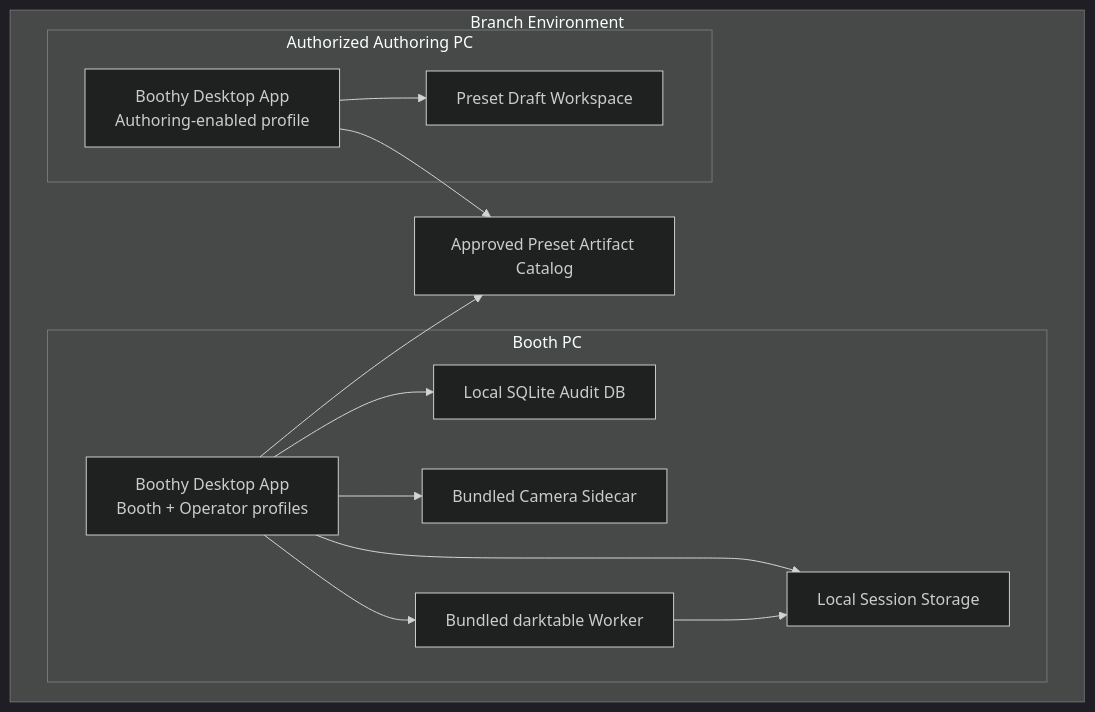
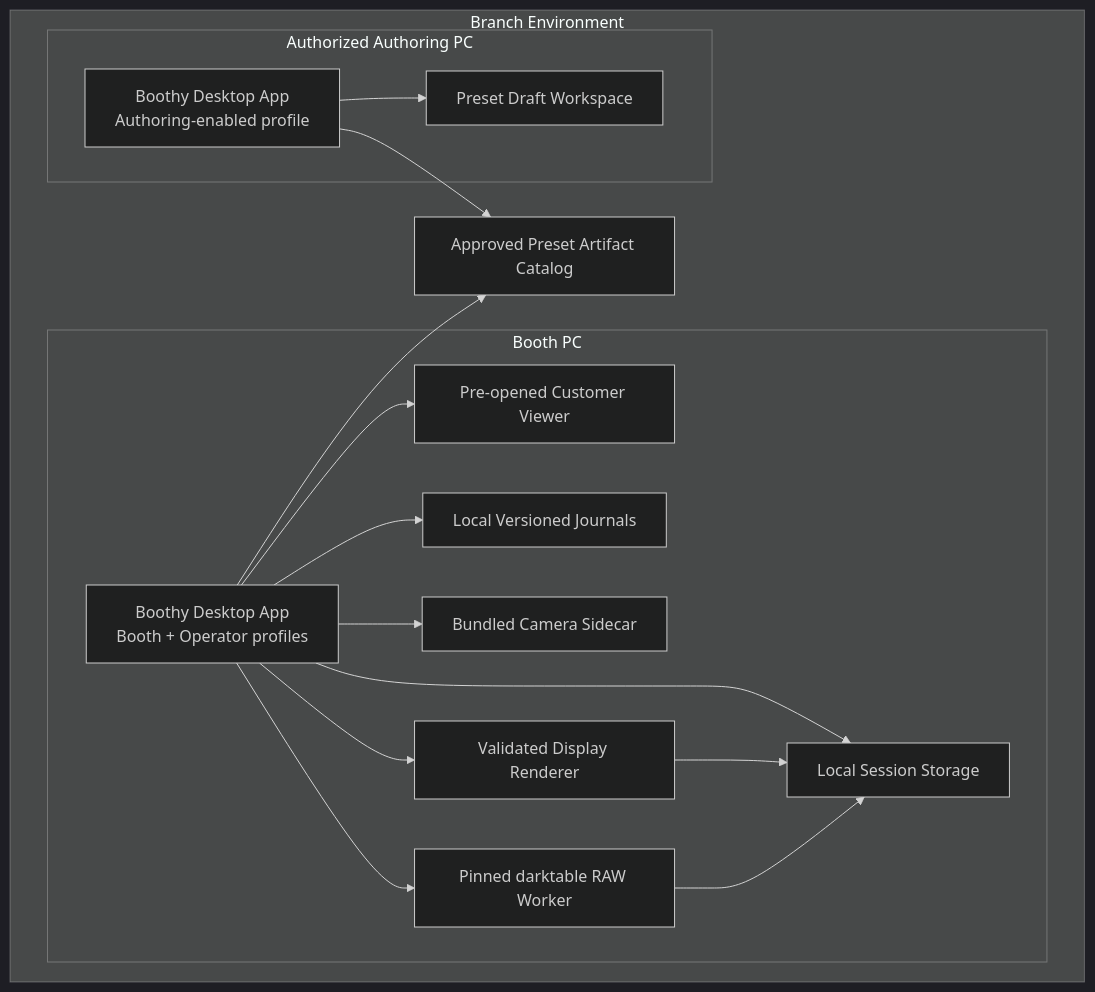
The second of 2 diagrams in _bmad-output/planning-artifacts/architecture.md (lsy9344/Boothy), drawn with Mermaid (dark theme) before and after one commit. The commit also changed other lines of this file and 465 other files, not shown here.

````diff
--- a/_bmad-output/planning-artifacts/architecture.md
+++ b/_bmad-output/planning-artifacts/architecture.md
@@ -301,28 +386,33 @@
 ```mermaid
 flowchart TB
     subgraph Branch["Branch Environment"]
         subgraph BoothPC["Booth PC"]
             BoothApp["Boothy Desktop App<br/>Booth + Operator profiles"]
+            Viewer["Pre-opened Customer Viewer"]
             BoothStorage["Local Session Storage"]
-            BoothAudit["Local SQLite Audit DB"]
+            BoothJournal["Local Versioned Journals"]
             Camera["Bundled Camera Sidecar"]
-            Renderer["Bundled darktable Worker"]
+            DisplayRenderer["Validated Display Renderer"]
+            Renderer["Pinned darktable RAW Worker"]
         end
 
         subgraph AuthoringPC["Authorized Authoring PC"]
             AuthoringApp["Boothy Desktop App<br/>Authoring-enabled profile"]
             PresetWorkspace["Preset Draft Workspace"]
         end
 
         PresetCatalog["Approved Preset Artifact Catalog"]
     end
 
     BoothApp --> BoothStorage
-    BoothApp --> BoothAudit
+    BoothApp --> Viewer
+    BoothApp --> BoothJournal
     BoothApp --> Camera
+    BoothApp --> DisplayRenderer
     BoothApp --> Renderer
+    DisplayRenderer --> BoothStorage
     Renderer --> BoothStorage
     AuthoringApp --> PresetWorkspace
     AuthoringApp --> PresetCatalog
     BoothApp --> PresetCatalog
 ```
````
